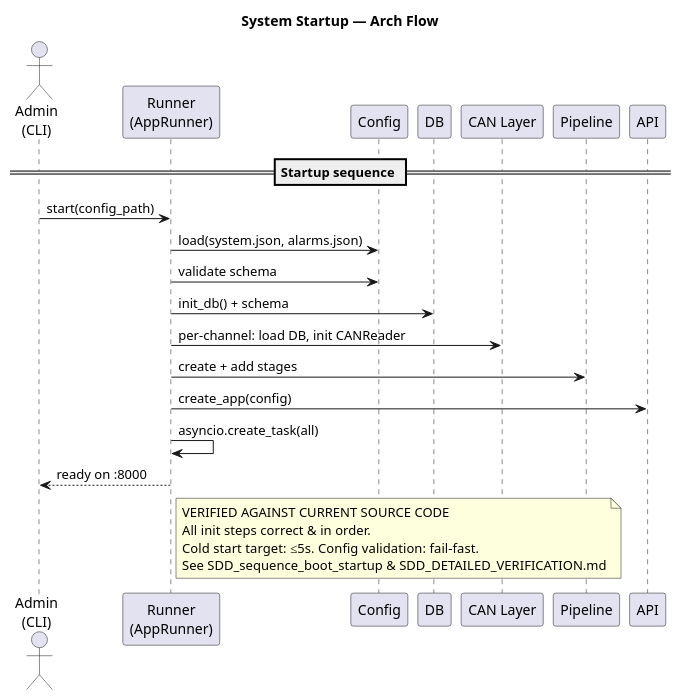
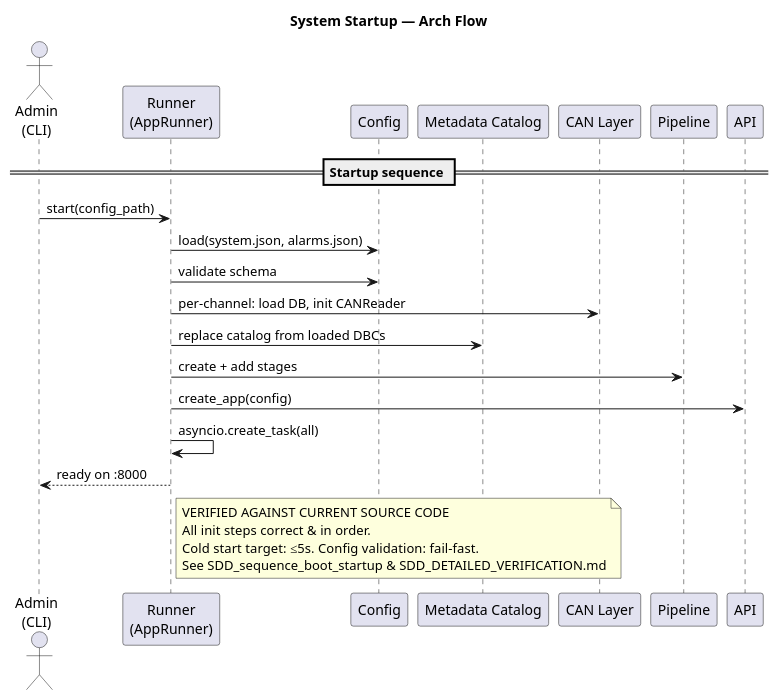
One commit to 3tdn/car-hmi changed the diagram in diagram/SAD/SAD_sequence_boot_startup.puml. Above: the diagram before and after it, drawn with PlantUML. The commit also changed 75 other files, not shown here.

```diff
--- a/diagram/SAD/SAD_sequence_boot_startup.puml
+++ b/diagram/SAD/SAD_sequence_boot_startup.puml
@@ -1,30 +1,30 @@
 @startuml
 title System Startup — Arch Flow
 
 actor "Admin\n(CLI)" as Admin
 participant "Runner\n(AppRunner)" as Runner
 participant "Config" as Config
-participant "DB" as DB
+participant "Metadata Catalog" as Metadata
 participant "CAN Layer" as CAN
 participant "Pipeline" as Pipeline
 participant "API" as API
 
 == Startup sequence ==
 Admin -> Runner : start(config_path)
 Runner -> Config : load(system.json, alarms.json)
 Runner -> Config : validate schema
-Runner -> DB : init_db() + schema
 Runner -> CAN : per-channel: load DB, init CANReader
+Runner -> Metadata : replace catalog from loaded DBCs
 Runner -> Pipeline : create + add stages
 Runner -> API : create_app(config)
 Runner -> Runner : asyncio.create_task(all)
 Runner --> Admin : ready on :8000
 
 note right of Runner
   VERIFIED AGAINST CURRENT SOURCE CODE
   All init steps correct & in order.
   Cold start target: ≤5s. Config validation: fail-fast.
   See SDD_sequence_boot_startup & SDD_DETAILED_VERIFICATION.md
 end note
 
 @enduml
```
